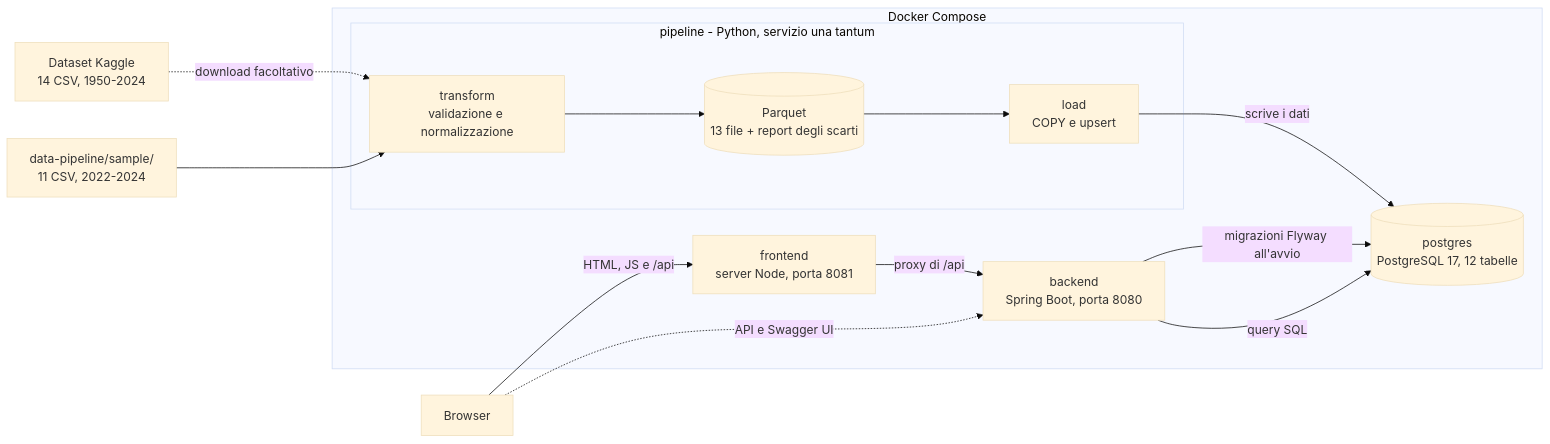
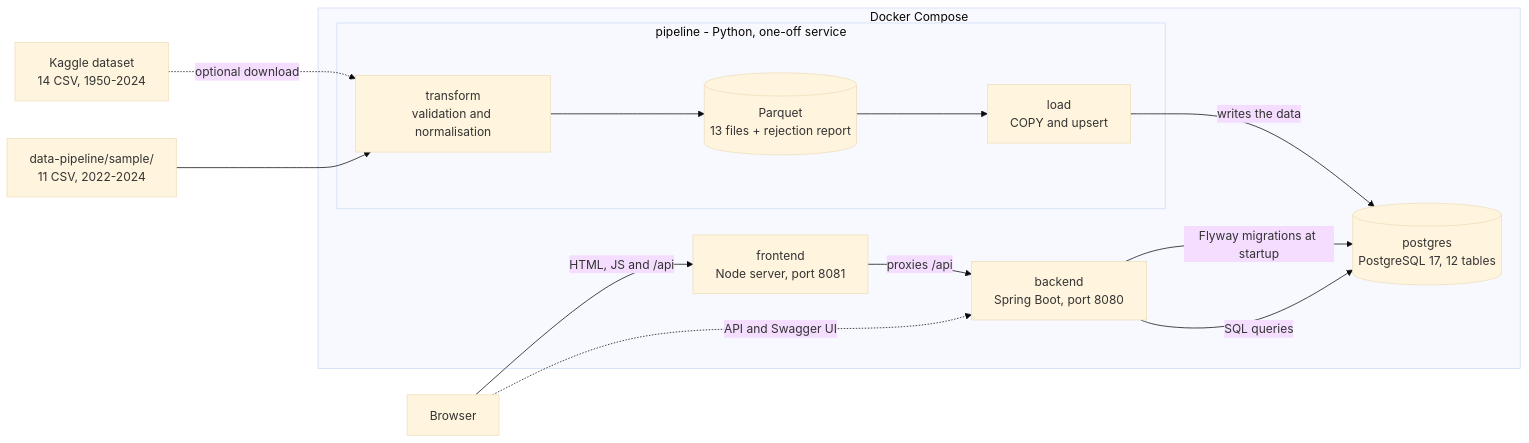
The diagram in README.md (lumon2004/f1-data-platform), drawn with Mermaid (base theme) before and after one commit. The commit also changed other lines of this file and 1 other file, not shown here.

````diff
--- a/README.md
+++ b/README.md
@@ -48,27 +48,27 @@
 ```mermaid
 flowchart LR
-    kaggle["Dataset Kaggle<br/>14 CSV, 1950-2024"]
+    kaggle["Kaggle dataset<br/>14 CSV, 1950-2024"]
     sample["data-pipeline/sample/<br/>11 CSV, 2022-2024"]
     browser["Browser"]
 
     subgraph compose["Docker Compose"]
-        subgraph pipeline["pipeline - Python, servizio una tantum"]
-            transform["transform<br/>validazione e normalizzazione"]
-            parquet[("Parquet<br/>13 file + report degli scarti")]
-            load["load<br/>COPY e upsert"]
+        subgraph pipeline["pipeline - Python, one-off service"]
+            transform["transform<br/>validation and normalisation"]
+            parquet[("Parquet<br/>13 files + rejection report")]
+            load["load<br/>COPY and upsert"]
             transform --> parquet --> load
         end
-        postgres[("postgres<br/>PostgreSQL 17, 12 tabelle")]
-        backend["backend<br/>Spring Boot, porta 8080"]
-        frontend["frontend<br/>server Node, porta 8081"]
+        postgres[("postgres<br/>PostgreSQL 17, 12 tables")]
+        backend["backend<br/>Spring Boot, port 8080"]
+        frontend["frontend<br/>Node server, port 8081"]
     end
 
-    kaggle -. "download facoltativo" .-> transform
+    kaggle -. "optional download" .-> transform
     sample --> transform
-    load -->|"scrive i dati"| postgres
-    backend -->|"migrazioni Flyway all'avvio"| postgres
-    backend -->|"query SQL"| postgres
-    frontend -->|"proxy di /api"| backend
-    browser -->|"HTML, JS e /api"| frontend
-    browser -. "API e Swagger UI" .-> backend
+    load -->|"writes the data"| postgres
+    backend -->|"Flyway migrations at startup"| postgres
+    backend -->|"SQL queries"| postgres
+    frontend -->|"proxies /api"| backend
+    browser -->|"HTML, JS and /api"| frontend
+    browser -. "API and Swagger UI" .-> backend
 ```
````
